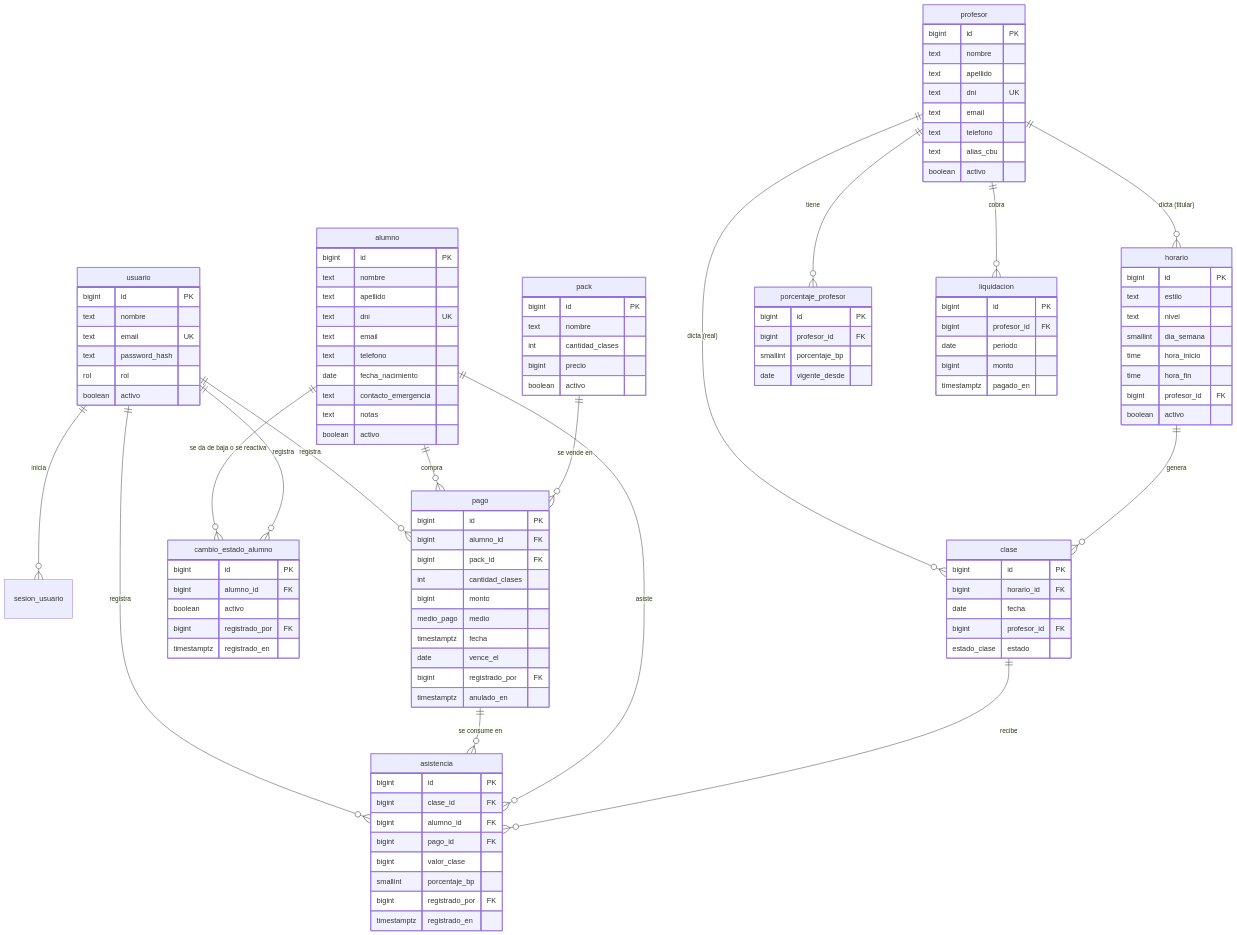
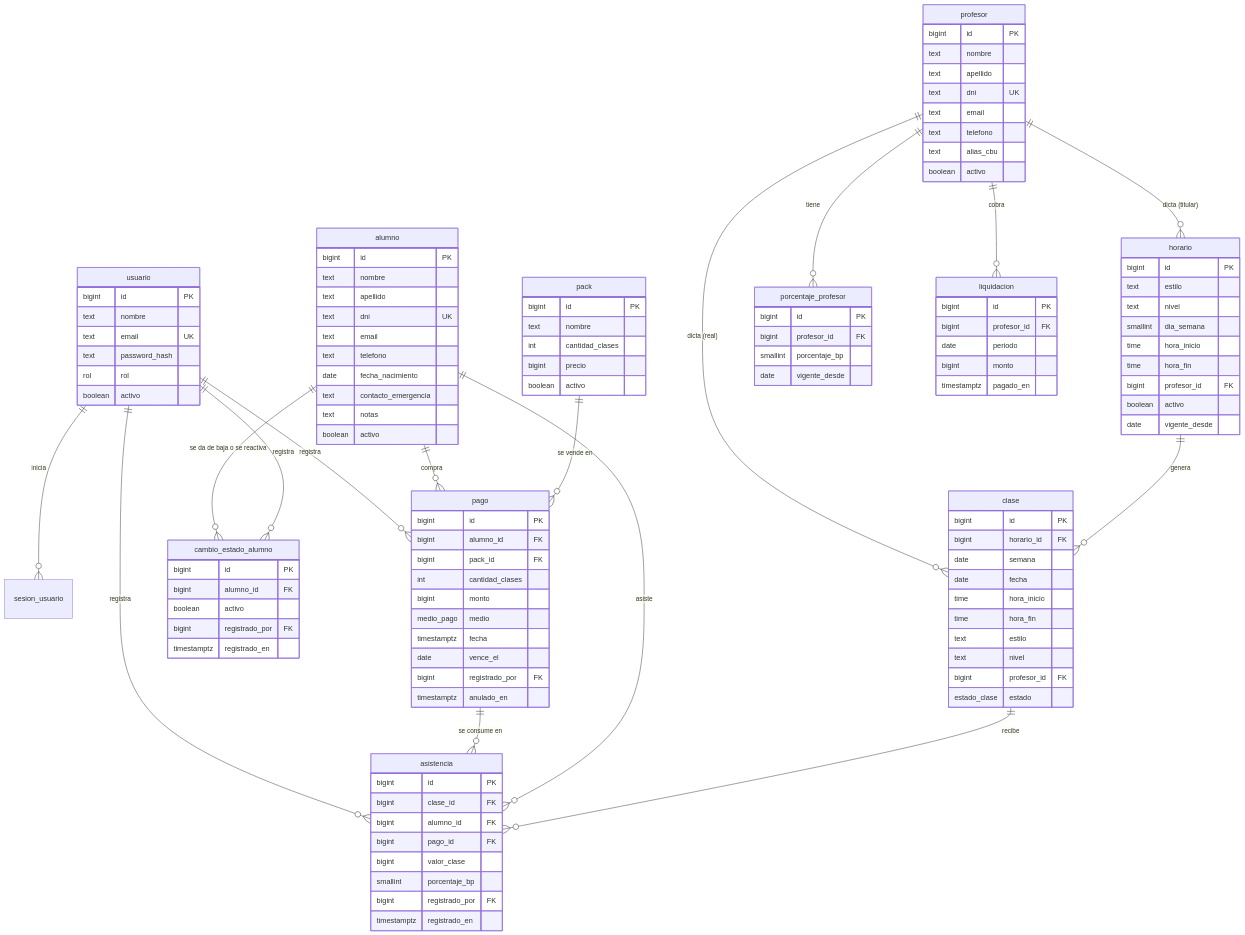
The diagram in docs/estructura de base de datos.md (Juanrar/studio-manager), drawn with Mermaid before and after one commit. The commit also changed other lines of this file and 3 other files, not shown here.

```diff
--- a/docs/estructura de base de datos.md
+++ b/docs/estructura de base de datos.md
@@ -121,11 +121,17 @@
         time hora_fin
         bigint profesor_id FK
         boolean activo
+        date vigente_desde
     }
     clase {
         bigint id PK
         bigint horario_id FK
+        date semana
         date fecha
+        time hora_inicio
+        time hora_fin
+        text estilo
+        text nivel
         bigint profesor_id FK
         estado_clase estado
     }
```
